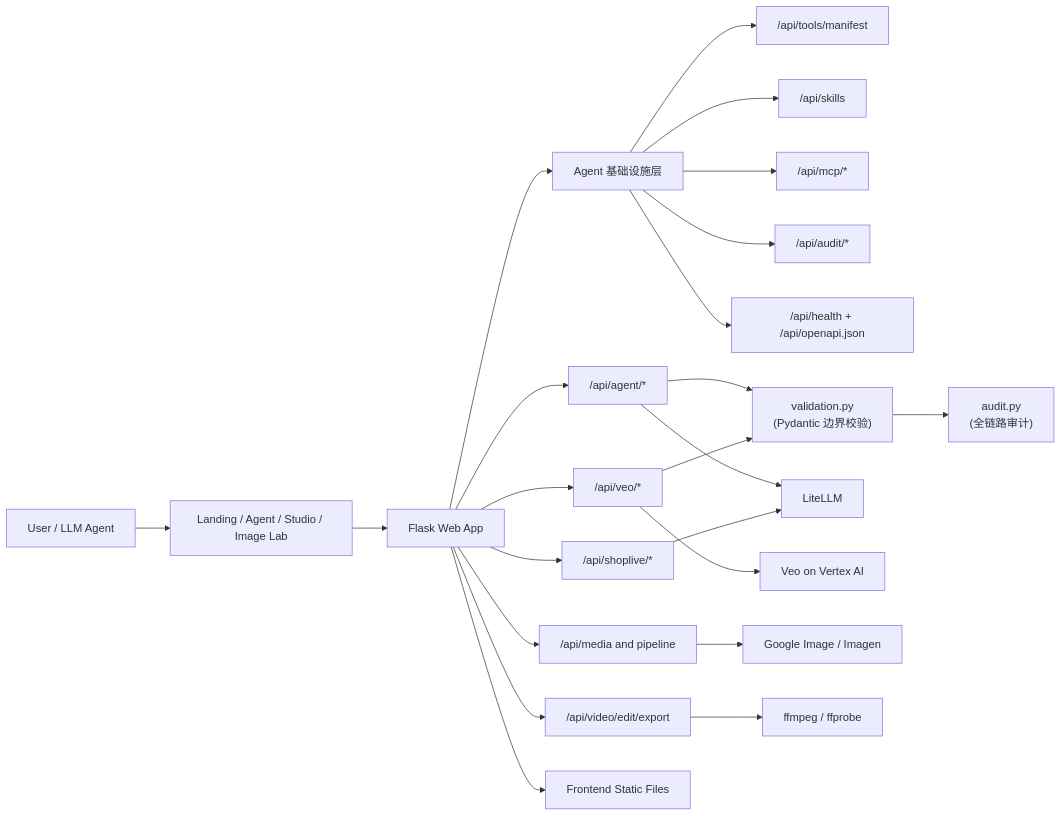
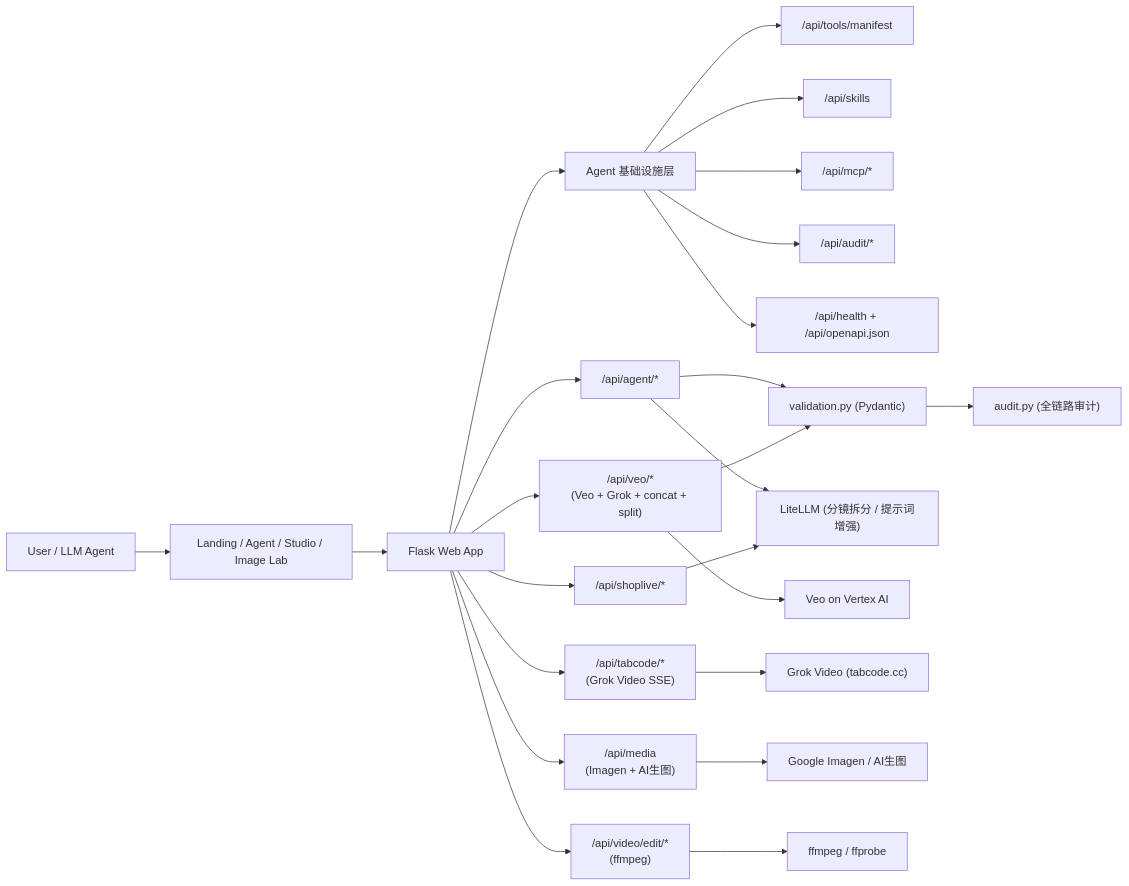
The second of 2 diagrams in README.md (shaozheng0503/Shoplive), drawn with Mermaid before and after one commit. The commit also changed other lines of this file, not shown here.

First line of the commit message:
docs: 全面更新 README，补全 Grok/LLM分镜/AI生图/拼接链路等新功能说明

````diff
--- a/README.md
+++ b/README.md
@@ -113,29 +100,30 @@
 ```mermaid
 flowchart LR
     user["User / LLM Agent"] --> landing["Landing / Agent / Studio / Image Lab"]
     landing --> flask["Flask Web App"]
 
     flask --> agentApi["/api/agent/*"]
     flask --> shopliveApi["/api/shoplive/*"]
-    flask --> veoApi["/api/veo/*"]
-    flask --> mediaApi["/api/media and pipeline"]
-    flask --> editApi["/api/video/edit/export"]
+    flask --> veoApi["/api/veo/*\n(Veo + Grok + concat + split)"]
+    flask --> mediaApi["/api/media\n(Imagen + AI生图)"]
+    flask --> editApi["/api/video/edit/*\n(ffmpeg)"]
+    flask --> tabcodeApi["/api/tabcode/*\n(Grok Video SSE)"]
 
     flask --> infraApi["Agent 基础设施层"]
     infraApi --> toolsApi["/api/tools/manifest"]
     infraApi --> skillsApi["/api/skills"]
     infraApi --> mcpApi["/api/mcp/*"]
     infraApi --> auditApi["/api/audit/*"]
     infraApi --> healthApi["/api/health + /api/openapi.json"]
 
-    agentApi --> validate["validation.py\n(Pydantic 边界校验)"]
+    agentApi --> validate["validation.py (Pydantic)"]
     veoApi --> validate
-    validate --> audit["audit.py\n(全链路审计)"]
+    validate --> audit["audit.py (全链路审计)"]
 
-    agentApi --> litellm["LiteLLM"]
+    agentApi --> litellm["LiteLLM (分镜拆分 / 提示词增强)"]
     shopliveApi --> litellm
     veoApi --> vertex["Veo on Vertex AI"]
-    mediaApi --> imagen["Google Image / Imagen"]
+    tabcodeApi --> grok["Grok Video (tabcode.cc)"]
+    mediaApi --> imagen["Google Imagen / AI生图"]
     editApi --> ffmpeg["ffmpeg / ffprobe"]
-    flask --> staticFiles["Frontend Static Files"]
 ```
````
